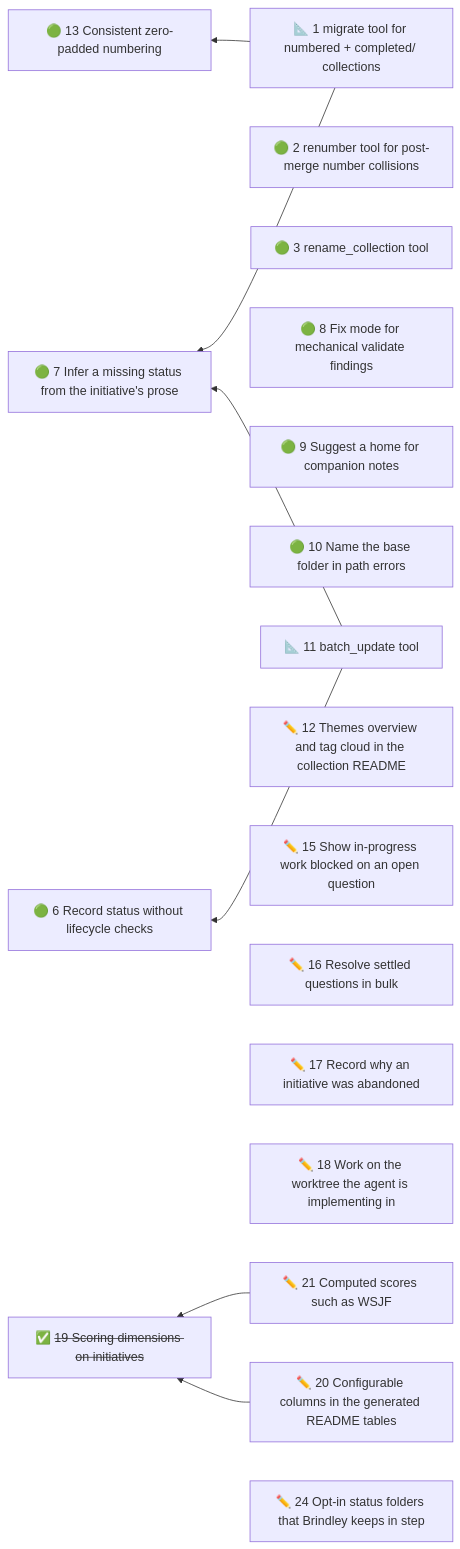
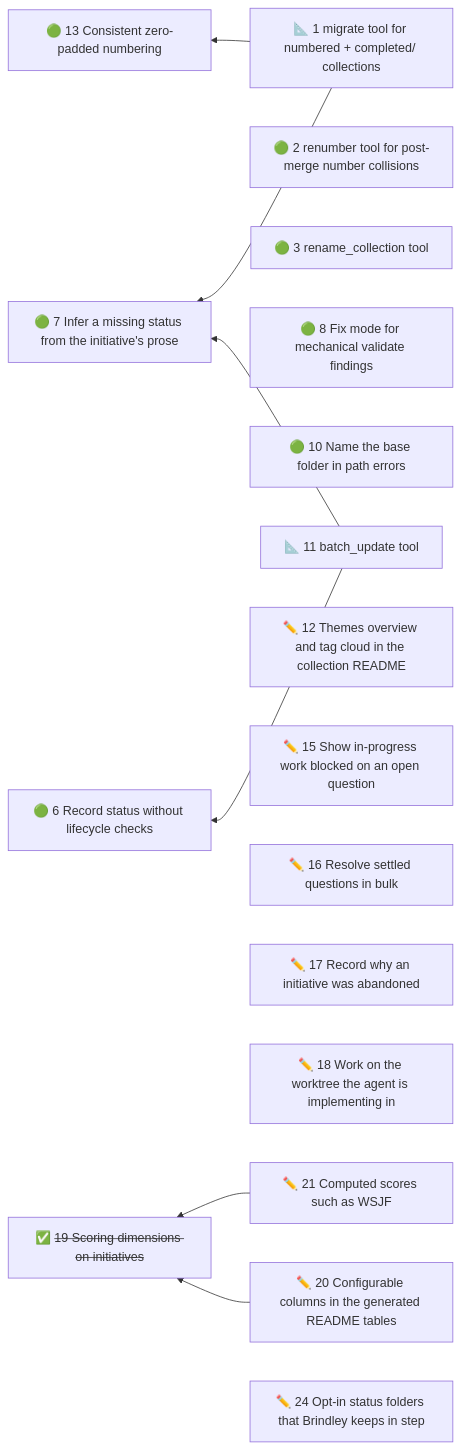
One commit to duckAsteroid/brindley changed the diagram in initiatives/README.md. Above: the diagram before and after it, drawn with Mermaid. The commit also changed other lines of this file and 6 other files, not shown here.

First line of the commit message:
fix: duplicate-number recognises companion notes and says where they belong

````diff
--- a/initiatives/README.md
+++ b/initiatives/README.md
@@ -45,28 +44,27 @@
 ```mermaid
 flowchart RL
   n1["📐 1 migrate tool for numbered + completed/ collections"]
   n2["🟢 2 renumber tool for post-merge number collisions"]
   n3["🟢 3 rename_collection tool"]
   n6["🟢 6 Record status without lifecycle checks"]
   n7["🟢 7 Infer a missing status from the initiative's prose"]
   n8["🟢 8 Fix mode for mechanical validate findings"]
-  n9["🟢 9 Suggest a home for companion notes"]
   n10["🟢 10 Name the base folder in path errors"]
   n11["📐 11 batch_update tool"]
   n12["✏️ 12 Themes overview and tag cloud in the collection README"]
   n13["🟢 13 Consistent zero-padded numbering"]
   n15["✏️ 15 Show in-progress work blocked on an open question"]
   n16["✏️ 16 Resolve settled questions in bulk"]
   n17["✏️ 17 Record why an initiative was abandoned"]
   n18["✏️ 18 Work on the worktree the agent is implementing in"]
   n20["✏️ 20 Configurable columns in the generated README tables"]
   n21["✏️ 21 Computed scores such as WSJF"]
   n24["✏️ 24 Opt-in status folders that Brindley keeps in step"]
   n19["✅ <s>19 Scoring dimensions on initiatives</s>"]
   n1 --> n7
   n1 --> n13
   n11 --> n6
   n11 --> n7
   n20 --> n19
   n21 --> n19
 ```
````
